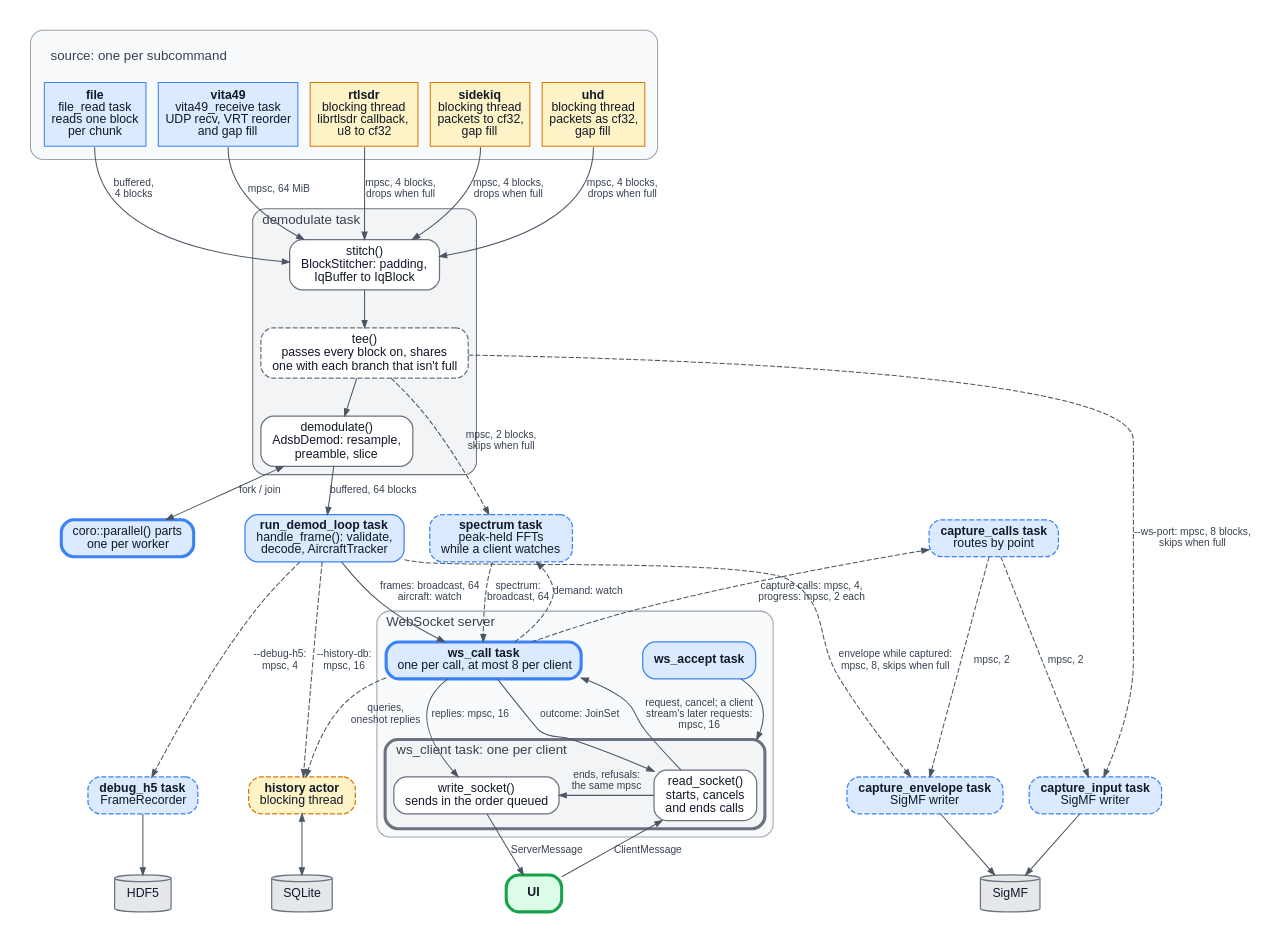
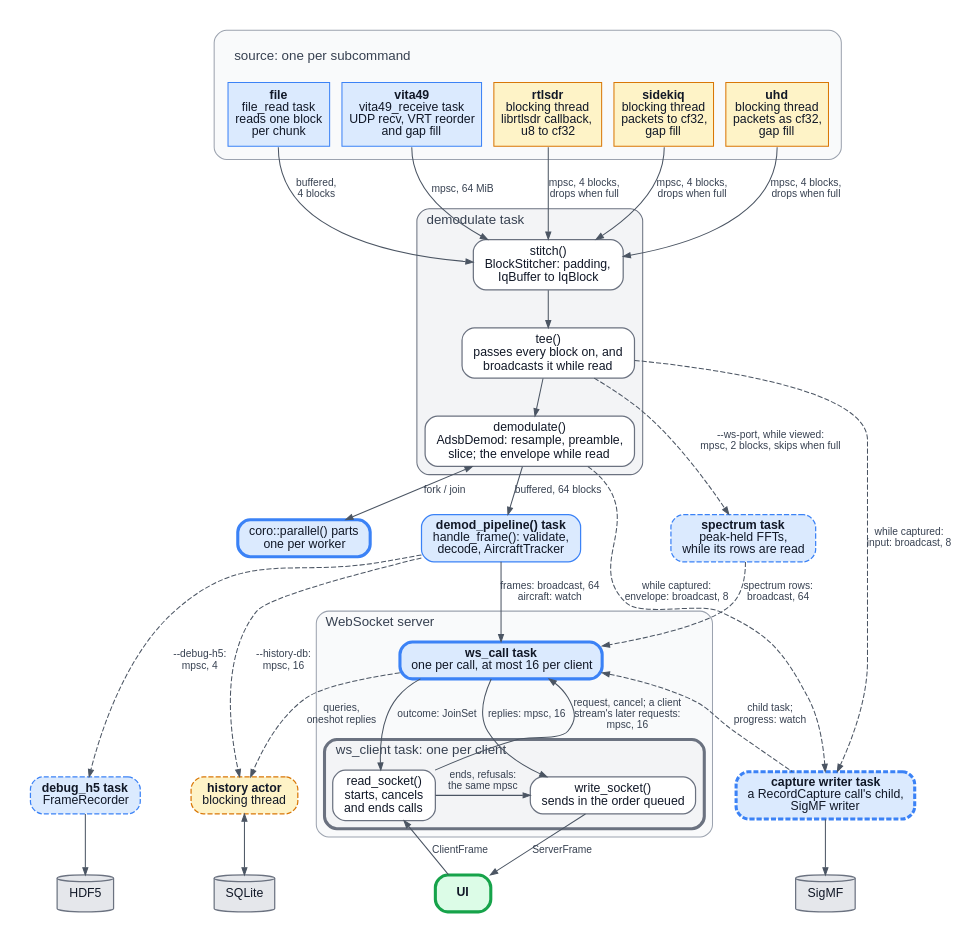
Before and after one commit to bts164/ADSB-Decoder: the diagram in doc/images/pipeline.dot, drawn with Graphviz. The commit also changed 17 other files, not shown here.

Commit message:
Redesigned the pipeline using weak broadcast and mpsc channel receivers so that the pipeline nodes can setup the channels where needed and feed them forward instead of the API server needing to setup ann the channels & feed them backward into the pipeline

```diff
--- a/doc/images/pipeline.dot
+++ b/doc/images/pipeline.dot
@@ -1,122 +1,117 @@
 // The receiver's pipeline, shown in README.md as pipeline.svg. After editing, regenerate it from this directory:
 //
 //     dot -Tsvg pipeline.dot -o pipeline.svg
 //
 // Colours: blue, a task; amber, a task on a blocking thread; white in a grey frame, a stage run in its frame's
 // task, not a task of its own; grey cylinders, files. Dashed, there only with the option an arrow names. A thick
-// border, more than one at once.
+// border, more than one at once. A label starting "while": a channel its reader activates, sent on only then.
 digraph pipeline {
     graph [
         rankdir=TB, newrank=true, compound=true, bgcolor="white", pad=0.3, nodesep=0.35, ranksep=0.5,
         fontname="Helvetica,Arial,sans-serif", fontsize=13, fontcolor="#374151", labeljust=l
     ];
     node [
         shape=box, style="rounded,filled", fillcolor="#dbeafe", color="#3b82f6", penwidth=1.2,
         fontname="Helvetica,Arial,sans-serif", fontsize=12, fontcolor="#111827", margin="0.15,0.07"
     ];
     edge [
         color="#4b5563", fontname="Helvetica,Arial,sans-serif", fontsize=10, fontcolor="#374151", arrowsize=0.7
     ];
 
     // Sources: one per subcommand. One node with a cell per source, so their order is fixed.
     SRC [shape=plain, style="", label=<
         <table border="1" color="#9ca3af" bgcolor="#f9fafb" style="rounded" cellspacing="12" cellpadding="6">
         <tr><td colspan="5" align="left" border="0"><font point-size="13" color="#374151">source: one per subcommand</font></td></tr>
         <tr>
         <td port="file" border="1" color="#3b82f6" bgcolor="#dbeafe"><b>file</b><br/>file_read task<br/>reads one block<br/>per chunk</td>
         <td port="vita49" border="1" color="#3b82f6" bgcolor="#dbeafe"><b>vita49</b><br/>vita49_receive task<br/>UDP recv, VRT reorder<br/>and gap fill</td>
         <td port="rtlsdr" border="1" color="#d97706" bgcolor="#fef3c7"><b>rtlsdr</b><br/>blocking thread<br/>librtlsdr callback,<br/>u8 to cf32</td>
         <td port="sidekiq" border="1" color="#d97706" bgcolor="#fef3c7"><b>sidekiq</b><br/>blocking thread<br/>packets to cf32,<br/>gap fill</td>
         <td port="uhd" border="1" color="#d97706" bgcolor="#fef3c7"><b>uhd</b><br/>blocking thread<br/>packets as cf32,<br/>gap fill</td>
         </tr>
         </table>>];
 
     subgraph cluster_demod {
         label="demodulate task"; style="rounded,filled"; fillcolor="#f3f4f6"; color="#6b7280";
         node [fillcolor="white", color="#6b7280"];
         STITCH [label=<stitch()<br/>BlockStitcher: padding,<br/>IqBuffer to IqBlock>];
-        TEE [label=<tee()<br/>passes every block on, shares<br/>one with each branch that isn't full>,
-             style="rounded,filled,dashed"];
-        DEMOD [label=<demodulate()<br/>AdsbDemod: resample,<br/>preamble, slice>];
+        TEE [label=<tee()<br/>passes every block on, and<br/>broadcasts it while read>];
+        DEMOD [label=<demodulate()<br/>AdsbDemod: resample, preamble,<br/>slice; the envelope while read>];
     }
     PAR [label=<coro::parallel() parts<br/>one per worker>, penwidth=3];
 
-    SINK [label=<<b>run_demod_loop task</b><br/>handle_frame(): validate,<br/>decode, AircraftTracker>];
+    SINK [label=<<b>demod_pipeline() task</b><br/>handle_frame(): validate,<br/>decode, AircraftTracker>];
 
     node [style="rounded,filled,dashed"];
     REC [label=<<b>debug_h5 task</b><br/>FrameRecorder>];
     HIST [label=<<b>history actor</b><br/>blocking thread>, fillcolor="#fef3c7", color="#d97706"];
-    SPEC [label=<<b>spectrum task</b><br/>peak-held FFTs<br/>while a client watches>];
-    CAPI [label=<<b>capture_input task</b><br/>SigMF writer>];
-    CAPR [label=<<b>capture_calls task</b><br/>routes by point>];
-    CAPE [label=<<b>capture_envelope task</b><br/>SigMF writer>];
+    SPEC [label=<<b>spectrum task</b><br/>peak-held FFTs,<br/>while its rows are read>];
+    CAPW [label=<<b>capture writer task</b><br/>a RecordCapture call's child,<br/>SigMF writer>, penwidth=3];
     node [style="rounded,filled"];
 
     subgraph cluster_ws {
         label="WebSocket server"; style="rounded,filled"; fillcolor="#f9fafb"; color="#9ca3af";
-        ACC [label=<<b>ws_accept task</b>>];
-        CALL [label=<<b>ws_call task</b><br/>one per call, at most 8 per client>, penwidth=3];
+        //ACC [label=<<b>ws_accept task</b>>];
+        CALL [label=<<b>ws_call task</b><br/>one per call, at most 16 per client>, penwidth=3];
         subgraph cluster_client {
             label="ws_client task: one per client"; style="rounded,filled"; fillcolor="#f3f4f6"; color="#6b7280"; penwidth=3;
             node [fillcolor="white", color="#6b7280", penwidth=1.2];
             READ [label=<read_socket()<br/>starts, cancels<br/>and ends calls>];
             WRITE [label=<write_socket()<br/>sends in the order queued>];
         }
     }
 
     node [shape=cylinder, style=filled, fillcolor="#e5e7eb", color="#6b7280"];
     H5 [label="HDF5"];
     DB [label="SQLite"];
     SIGMF [label="SigMF"];
     UI [shape=box, style="rounded,filled", fillcolor="#dcfce7", color="#16a34a", penwidth=3, label=<<b>UI</b>>];
 
     // Rows, top to bottom.
     { rank=same; TEE; }
-    { rank=same; PAR -> SINK [style=invis]; SPEC; CAPR; }
-    { rank=same; CALL; ACC; }
-    { rank=same; READ; WRITE; REC -> HIST [style=invis]; CAPI; CAPE; }
+    { rank=same; PAR -> SINK [style=invis]; SPEC; }
+    //{ rank=same; CALL -> ACC [style=invis]; }
+    { rank=same; READ; WRITE; REC -> HIST [style=invis]; CAPW; }
     { rank=same; H5; DB; SIGMF; UI; }
     // The main chain.
     SRC:file:s -> STITCH [label="buffered,\n4 blocks"];
     SRC:vita49:s -> STITCH [label="mpsc, 64 MiB"];
     SRC:rtlsdr:s -> STITCH [label="mpsc, 4 blocks,\ndrops when full"];
     SRC:sidekiq:s -> STITCH [label="mpsc, 4 blocks,\ndrops when full"];
     SRC:uhd:s -> STITCH [label="mpsc, 4 blocks,\ndrops when full"];
     STITCH -> TEE;
     TEE -> DEMOD;
-    TEE -> SPEC [label="mpsc, 2 blocks,\nskips when full", style=dashed];
-    TEE -> CAPI [label="--ws-port: mpsc, 8 blocks,\nskips when full", style=dashed];
     DEMOD -> PAR [label="fork / join", dir=both];
     DEMOD -> SINK [label="buffered, 64 blocks"];
 
     // The demod loop's outputs.
     SINK -> REC [label="--debug-h5:\nmpsc, 4", style=dashed];
     SINK -> HIST [label="--history-db:\nmpsc, 16", style=dashed];
     SINK -> CALL [label="frames: broadcast, 64\naircraft: watch"];
-    SINK -> CAPE [label="envelope while captured:\nmpsc, 8, skips when full", style=dashed];
     REC -> H5;
     HIST -> DB [dir=both];
 
-    // Capture.
-    CAPR -> CAPI [label="mpsc, 2", style=dashed];
-    CAPR -> CAPE [label="mpsc, 2", style=dashed];
-    CAPI -> SIGMF;
-    CAPE -> SIGMF;
+    // The points the server reads, each through a receiver a call activates (PipelineOutputs).
+    TEE -> SPEC [style=dashed, label="--ws-port, while viewed:\nmpsc, 2 blocks, skips when full"];
+    SPEC -> CALL [style=dashed, label="spectrum rows:\nbroadcast, 64"];
+
+    // Capture: the call activates the point's receiver, and its writer task reads it.
+    TEE -> CAPW [style=dashed, label="while captured:\ninput: broadcast, 8"];
+    DEMOD -> CAPW [style=dashed, label="while captured:\nenvelope: broadcast, 8"];
+    CALL -> CAPW [label="child task;\nprogress: watch", style=dashed, dir=back];
+    CAPW -> SIGMF;
 
     // Into and out of the WebSocket server.
-    SPEC -> CALL [label="spectrum:\nbroadcast, 64", style=dashed];
     //SRC:vita49:s -> CALL [label="input status: watch", style=dashed, constraint=false];
-    CALL -> SPEC [label="demand: watch", style=dashed, constraint=false];
     CALL -> HIST [label="queries,\noneshot replies", style=dashed, constraint=false];
-    CALL -> CAPR [label="capture calls: mpsc, 4,\nprogress: mpsc, 2 each", style=dashed, constraint=false];
 
     // Inside it.
-    ACC -> READ [lhead=cluster_client];
+    //ACC -> READ [lhead=cluster_client];
     CALL -> READ [label="outcome: JoinSet"];
     READ -> CALL [label="request, cancel; a client\nstream's later requests:\nmpsc, 16", constraint=false];
     CALL -> WRITE [label="replies: mpsc, 16"];
     READ -> WRITE [label="ends, refusals:\nthe same mpsc"];
     { rank=same; READ; WRITE; }
-    READ -> UI [label="ClientMessage", dir=back];
-    WRITE -> UI [label="ServerMessage"];
+    READ -> UI [label="ClientFrame", dir=back];
+    WRITE -> UI [label="ServerFrame"];
 }
```
